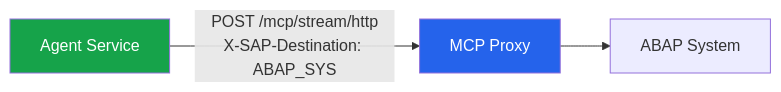
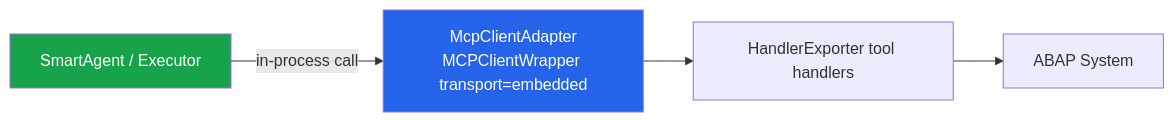
Diagram 24 of 24 in docs/architecture/ARCHITECTURE.md (fr0ster/cloud-llm-hub), drawn with Mermaid before and after one commit. The commit also changed other lines of this file, not shown here.

First line of the commit message:
docs(architecture): correct stale agent-surface / file-layout / ToC to current reality (PR-186)

````diff
--- a/docs/architecture/ARCHITECTURE.md
+++ b/docs/architecture/ARCHITECTURE.md
@@ -1088,8 +1284,9 @@
 ```mermaid
 graph LR
-    AGENT[Agent Service] -->|"POST /mcp/stream/http<br/>X-SAP-Destination: ABAP_SYS"| PROXY[MCP Proxy]
-    PROXY --> ABAP[ABAP System]
+    AGENT[SmartAgent / Executor] -->|in-process call| ADAPTER[McpClientAdapter<br/>MCPClientWrapper transport=embedded]
+    ADAPTER --> HANDLERS[HandlerExporter tool handlers]
+    HANDLERS --> ABAP[ABAP System]
 
     style AGENT fill:#16a34a,color:#fff
-    style PROXY fill:#2563eb,color:#fff
+    style ADAPTER fill:#2563eb,color:#fff
 ```
````
